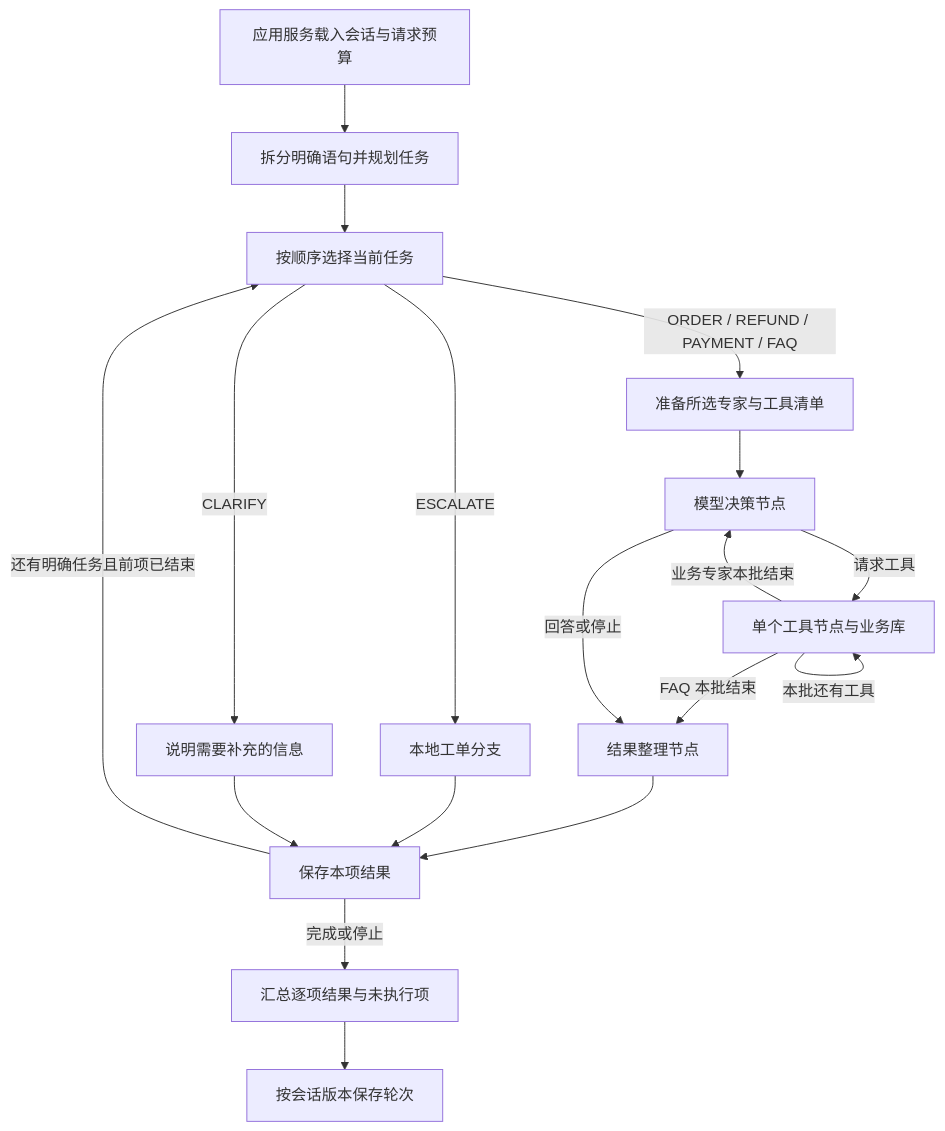
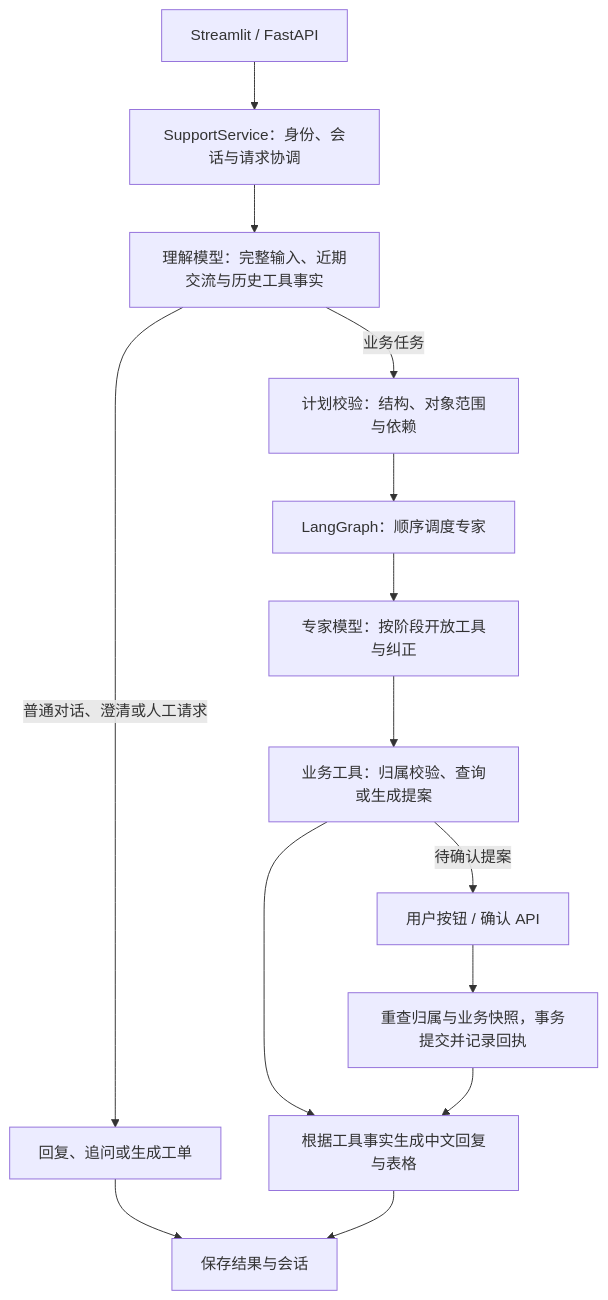
Before and after one commit to SumanaWu/ecommerce-support-agent: the diagram in README.md, drawn with Mermaid. The commit also changed other lines of this file and 107 other files, not shown here.

````diff
--- a/README.md
+++ b/README.md
@@ -615,20 +84,16 @@
 ```mermaid
 flowchart TD
-    S[应用服务载入会话与请求预算] --> R[拆分明确语句并规划任务]
-    R --> N[按顺序选择当前任务]
-    N -->|ORDER / REFUND / PAYMENT / FAQ| P[准备所选专家与工具清单]
-    P --> D[模型决策节点]
-    D -->|请求工具| T[单个工具节点与业务库]
-    T -->|本批还有工具| T
-    T -->|业务专家本批结束| D
-    T -->|FAQ 本批结束| A
-    D -->|回答或停止| A[结果整理节点]
-    A --> C[保存本项结果]
-    N -->|ESCALATE| E[本地工单分支]
-    N -->|CLARIFY| Q[说明需要补充的信息]
-    E --> C
-    Q --> C
-    C -->|还有明确任务且前项已结束| N
-    C -->|完成或停止| U[汇总逐项结果与未执行项]
-    U --> M[按会话版本保存轮次]
+    A[Streamlit / FastAPI] --> B[SupportService：身份、会话与请求协调]
+    B --> C[理解模型：完整输入、近期交流与历史工具事实]
+    C -->|业务任务| D[计划校验：结构、对象范围与依赖]
+    D --> E[LangGraph：顺序调度专家]
+    E --> F[专家模型：按阶段开放工具与纠正]
+    F --> G[业务工具：归属校验、查询或生成提案]
+    C -->|普通对话、澄清或人工请求| H[回复、追问或生成工单]
+    G --> I[根据工具事实生成中文回复与表格]
+    H --> J[保存结果与会话]
+    I --> J
+    G -->|待确认提案| K[用户按钮 / 确认 API]
+    K --> L[重查归属与业务快照，事务提交并记录回执]
+    L --> I
 ```
````
